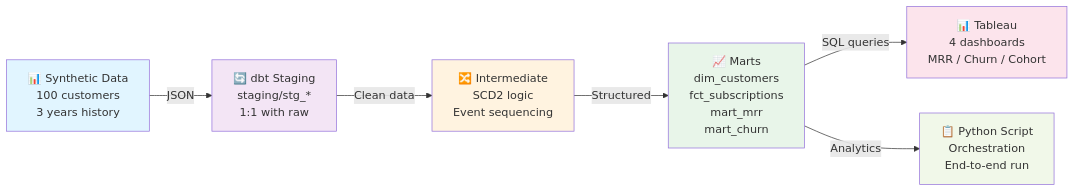
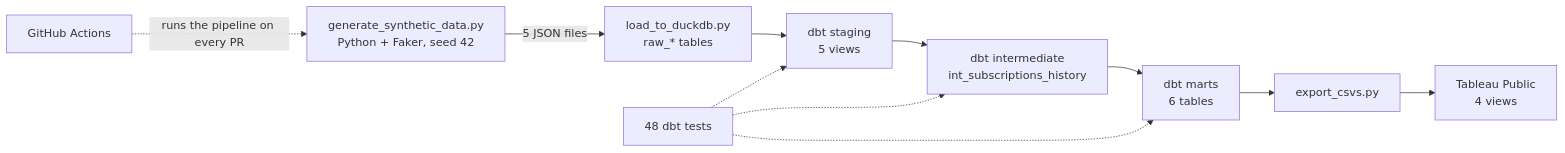
The diagram in README.md (thaenandarhtet-iris/saas-analytics-pipeline), drawn with Mermaid before and after one commit. The commit also changed other lines of this file and 15 other files, not shown here.

First line of the commit message:
Rebuild MRR and retention marts, add tests, CI and full README

````diff
--- a/README.md
+++ b/README.md
@@ -23,15 +43,13 @@
 ```mermaid
-graph LR
-    A["📊 Synthetic Data<br/>100 customers<br/>3 years history"] -->|JSON| B["🔄 dbt Staging<br/>staging/stg_*<br/>1:1 with raw"]
-    B -->|Clean data| C["🔀 Intermediate<br/>SCD2 logic<br/>Event sequencing"]
-    C -->|Structured| D["📈 Marts<br/>dim_customers<br/>fct_subscriptions<br/>mart_mrr<br/>mart_churn"]
-    D -->|SQL queries| E["📊 Tableau<br/>4 dashboards<br/>MRR / Churn / Cohort"]
-    D -->|Analytics| F["📋 Python Script<br/>Orchestration<br/>End-to-end run"]
-    
-    style A fill:#e1f5ff
-    style B fill:#f3e5f5
-    style C fill:#fff3e0
-    style D fill:#e8f5e9
-    style E fill:#fce4ec
-    style F fill:#f1f8e9
+flowchart LR
+    A["generate_synthetic_data.py<br/>Python + Faker, seed 42"] -->|5 JSON files| B["load_to_duckdb.py<br/>raw_* tables"]
+    B --> C["dbt staging<br/>5 views"]
+    C --> D["dbt intermediate<br/>int_subscriptions_history"]
+    D --> E["dbt marts<br/>6 tables"]
+    E --> F["export_csvs.py"]
+    F --> G["Tableau Public<br/>4 views"]
+    T["48 dbt tests"] -.-> C
+    T -.-> D
+    T -.-> E
+    CI["GitHub Actions"] -.->|runs the pipeline on every PR| A
 ```
````
